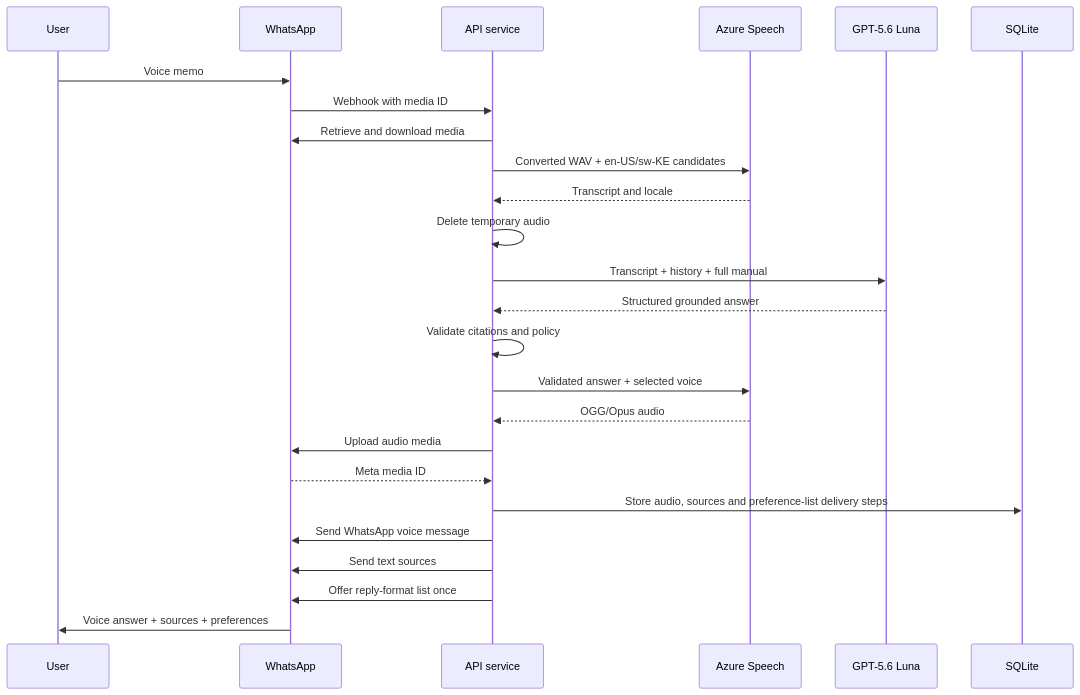
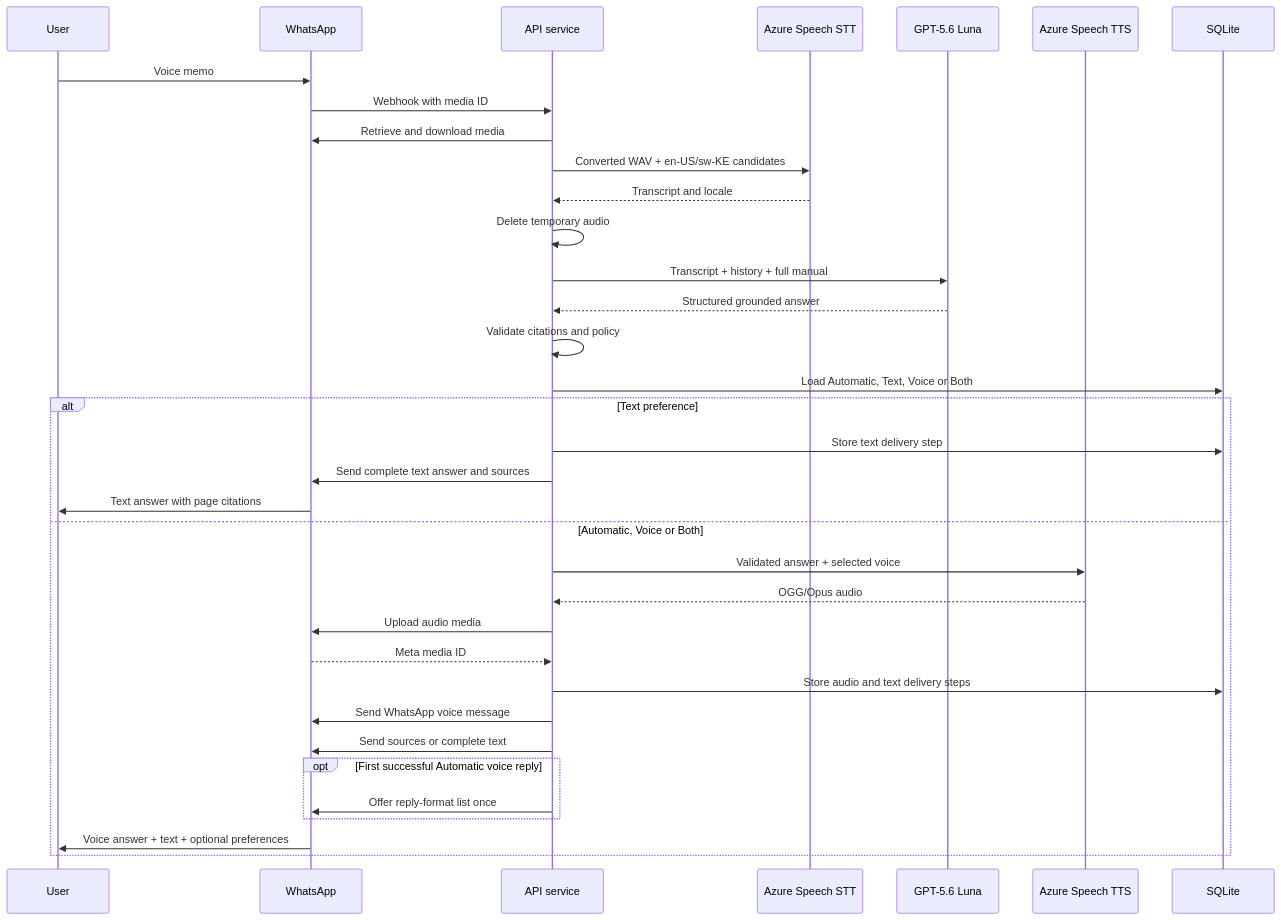
Before and after one commit to TheADHDTechie/SAGE: the third of 5 diagrams in SOLUTION-DESIGN.md, drawn with Mermaid. The commit also changed other lines of this file and 1 other file, not shown here.

Commit message:
docs: align multimodal flow diagrams
Update the detailed text and voice sequences to reflect reply preferences, distinct speech transcription and synthesis, persisted delivery steps, and the optional preference prompt.

Copilot-Session: 2df9e1c7-daa4-4614-9c68-8319a08e138b

````diff
--- a/SOLUTION-DESIGN.md
+++ b/SOLUTION-DESIGN.md
@@ -529,28 +541,38 @@
 ```mermaid
 sequenceDiagram
     participant U as User
     participant W as WhatsApp
     participant A as API service
-    participant S as Azure Speech
+    participant STT as Azure Speech STT
     participant L as GPT-5.6 Luna
+    participant TTS as Azure Speech TTS
     participant D as SQLite
 
     U->>W: Voice memo
     W->>A: Webhook with media ID
     A->>W: Retrieve and download media
-    A->>S: Converted WAV + en-US/sw-KE candidates
-    S-->>A: Transcript and locale
+    A->>STT: Converted WAV + en-US/sw-KE candidates
+    STT-->>A: Transcript and locale
     A->>A: Delete temporary audio
     A->>L: Transcript + history + full manual
     L-->>A: Structured grounded answer
     A->>A: Validate citations and policy
-    A->>S: Validated answer + selected voice
-    S-->>A: OGG/Opus audio
-    A->>W: Upload audio media
-    W-->>A: Meta media ID
-    A->>D: Store audio, sources and preference-list delivery steps
-    A->>W: Send WhatsApp voice message
-    A->>W: Send text sources
-    A->>W: Offer reply-format list once
-    W->>U: Voice answer + sources + preferences
+    A->>D: Load Automatic, Text, Voice or Both
+    alt Text preference
+        A->>D: Store text delivery step
+        A->>W: Send complete text answer and sources
+        W->>U: Text answer with page citations
+    else Automatic, Voice or Both
+        A->>TTS: Validated answer + selected voice
+        TTS-->>A: OGG/Opus audio
+        A->>W: Upload audio media
+        W-->>A: Meta media ID
+        A->>D: Store audio and text delivery steps
+        A->>W: Send WhatsApp voice message
+        A->>W: Send sources or complete text
+        opt First successful Automatic voice reply
+            A->>W: Offer reply-format list once
+        end
+        W->>U: Voice answer + text + optional preferences
+    end
 ```
````
